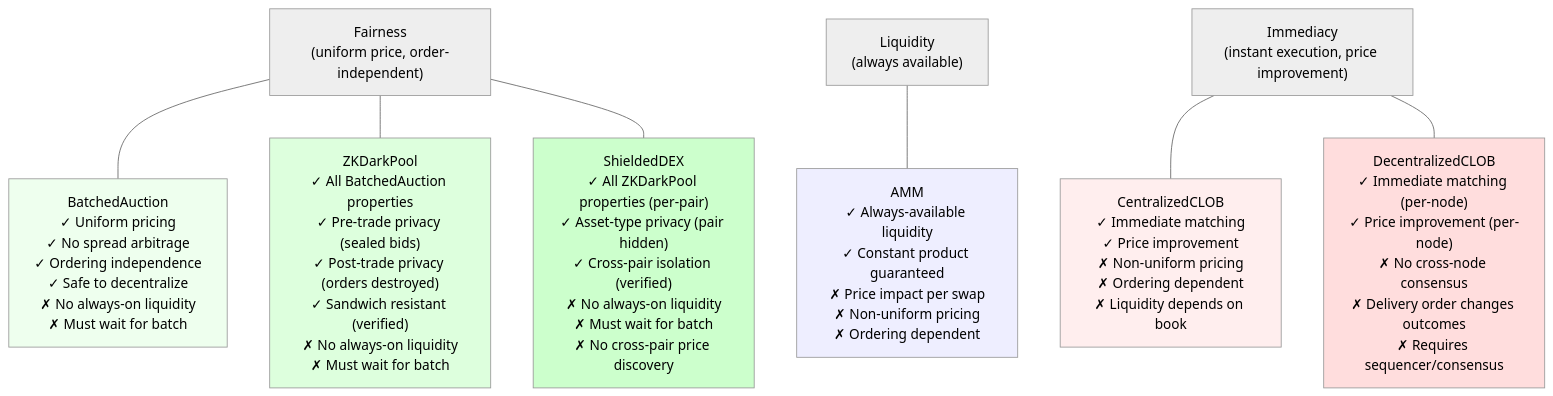
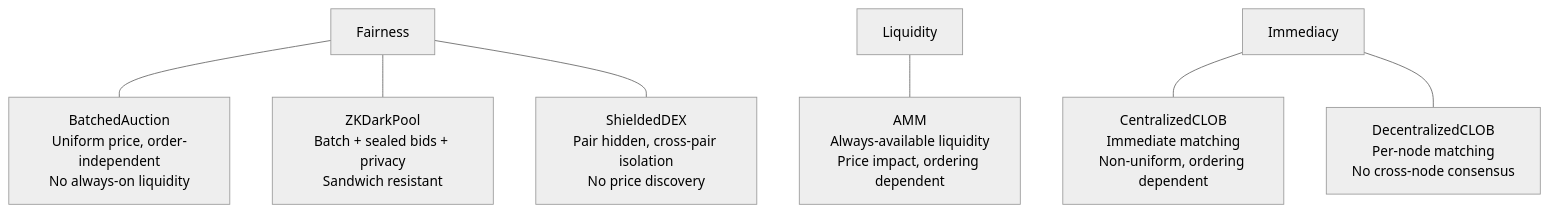
The diagram in book/src/conclusions.md (oxarbitrage/formal-market-mechanisms), drawn with Mermaid (neutral theme) before and after one commit. The commit also changed other lines of this file and 10 other files, not shown here.

````diff
--- a/book/src/conclusions.md
+++ b/book/src/conclusions.md
@@ -5,20 +5,14 @@
 ```mermaid
 graph TD
-    F["Fairness<br/>(uniform price, order-independent)"]
-    L["Liquidity<br/>(always available)"]
-    I["Immediacy<br/>(instant execution, price improvement)"]
+    F["Fairness"]
+    L["Liquidity"]
+    I["Immediacy"]
 
-    F --- BA["BatchedAuction<br/>✓ Uniform pricing<br/>✓ No spread arbitrage<br/>✓ Ordering independence<br/>✓ Safe to decentralize<br/>✗ No always-on liquidity<br/>✗ Must wait for batch"]
-    F --- ZKD["ZKDarkPool<br/>✓ All BatchedAuction properties<br/>✓ Pre-trade privacy (sealed bids)<br/>✓ Post-trade privacy (orders destroyed)<br/>✓ Sandwich resistant (verified)<br/>✗ No always-on liquidity<br/>✗ Must wait for batch"]
-    F --- SDE["ShieldedDEX<br/>✓ All ZKDarkPool properties (per-pair)<br/>✓ Asset-type privacy (pair hidden)<br/>✓ Cross-pair isolation (verified)<br/>✗ No always-on liquidity<br/>✗ Must wait for batch<br/>✗ No cross-pair price discovery"]
-    L --- AMM_N["AMM<br/>✓ Always-available liquidity<br/>✓ Constant product guaranteed<br/>✗ Price impact per swap<br/>✗ Non-uniform pricing<br/>✗ Ordering dependent"]
-    I --- CLOB_N["CentralizedCLOB<br/>✓ Immediate matching<br/>✓ Price improvement<br/>✗ Non-uniform pricing<br/>✗ Ordering dependent<br/>✗ Liquidity depends on book"]
-    I --- DCLOB_N["DecentralizedCLOB<br/>✓ Immediate matching (per-node)<br/>✓ Price improvement (per-node)<br/>✗ No cross-node consensus<br/>✗ Delivery order changes outcomes<br/>✗ Requires sequencer/consensus"]
+    F --- BA["BatchedAuction<br/>Uniform price, order-independent<br/>No always-on liquidity"]
+    F --- ZKD["ZKDarkPool<br/>Batch + sealed bids + privacy<br/>Sandwich resistant"]
+    F --- SDE["ShieldedDEX<br/>Pair hidden, cross-pair isolation<br/>No price discovery"]
+    L --- AMM_N["AMM<br/>Always-available liquidity<br/>Price impact, ordering dependent"]
+    I --- CLOB_N["CentralizedCLOB<br/>Immediate matching<br/>Non-uniform, ordering dependent"]
+    I --- DCLOB_N["DecentralizedCLOB<br/>Per-node matching<br/>No cross-node consensus"]
 
-    style BA fill:#efe
-    style AMM_N fill:#eef
-    style CLOB_N fill:#fee
-    style ZKD fill:#dfd
-    style SDE fill:#cfc
-    style DCLOB_N fill:#fdd
 ```
````
